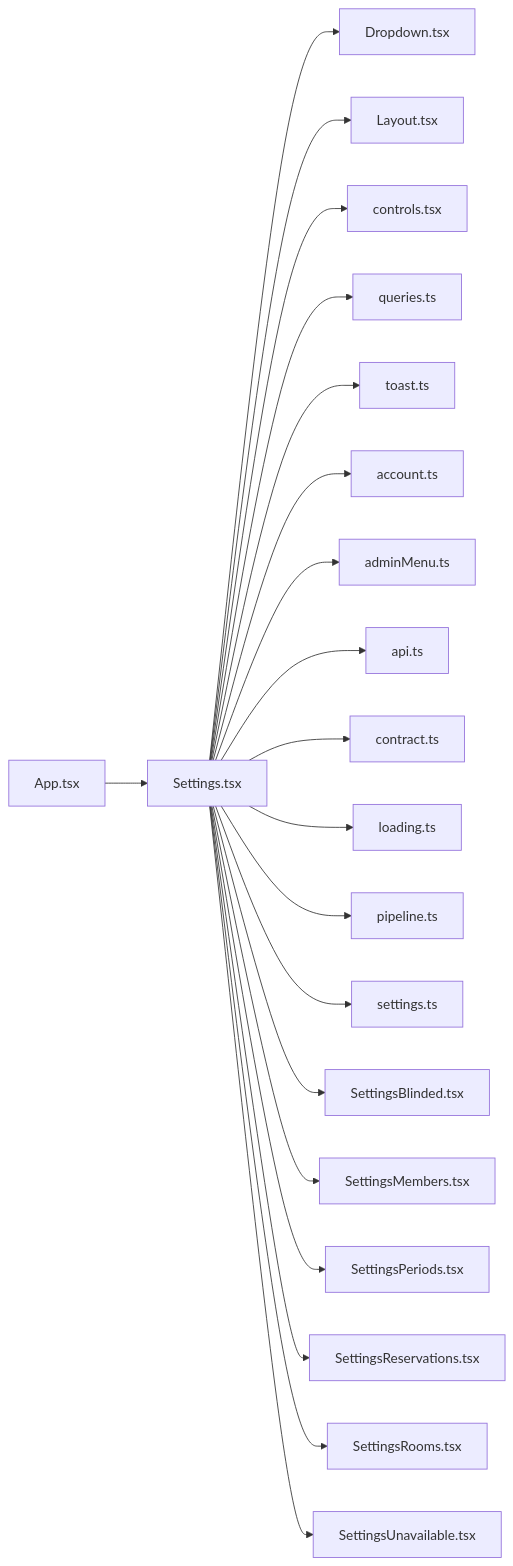
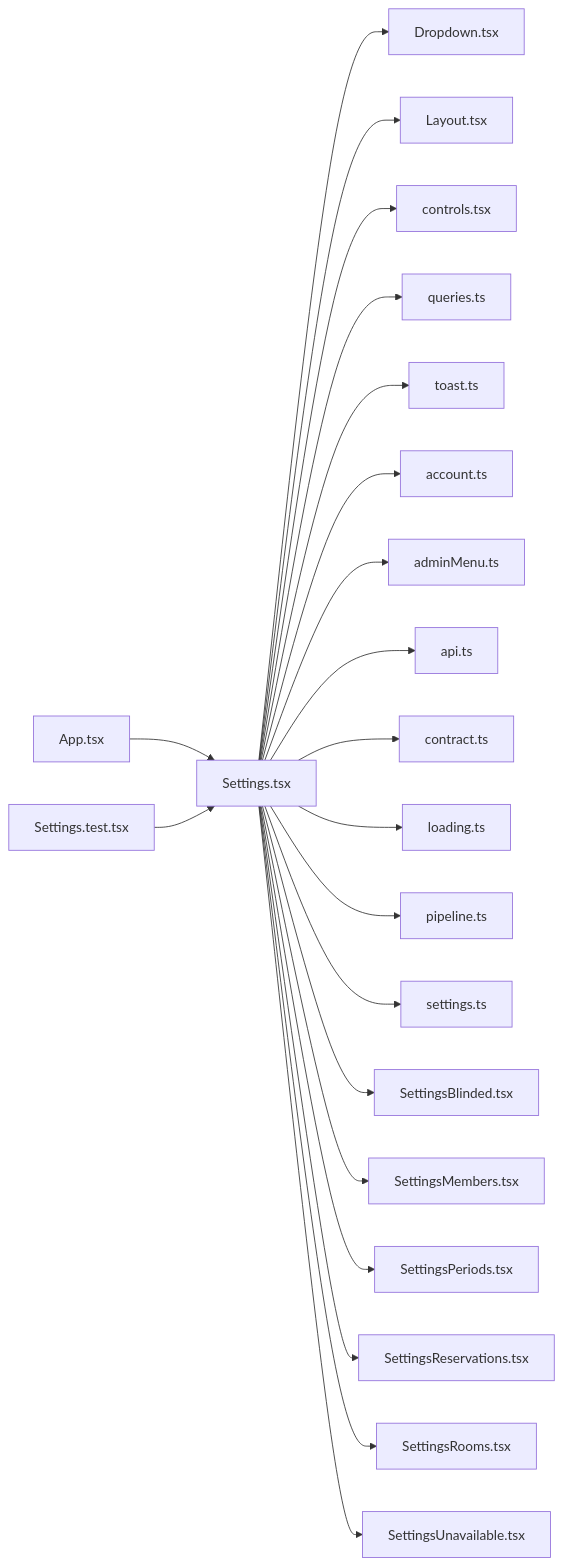
Before and after one commit to minkong-dev/Banblit: the diagram in .cluedoc/graph/frontend/src/routes/Settings.md, drawn with Mermaid. The commit also changed other lines of this file and 8 other files, not shown here.

````diff
--- a/.cluedoc/graph/frontend/src/routes/Settings.md
+++ b/.cluedoc/graph/frontend/src/routes/Settings.md
@@ -10,23 +10,24 @@
 ```mermaid
 flowchart LR
   frontend_src_routes_Settings["Settings.tsx"]
   frontend_src_routes_Settings --> frontend_src_components_Dropdown["Dropdown.tsx"]
   frontend_src_routes_Settings --> frontend_src_components_Layout["Layout.tsx"]
   frontend_src_routes_Settings --> frontend_src_components_controls["controls.tsx"]
   frontend_src_routes_Settings --> frontend_src_components_queries["queries.ts"]
   frontend_src_routes_Settings --> frontend_src_components_toast["toast.ts"]
   frontend_src_routes_Settings --> frontend_src_lib_account["account.ts"]
   frontend_src_routes_Settings --> frontend_src_lib_adminMenu["adminMenu.ts"]
   frontend_src_routes_Settings --> frontend_src_lib_api["api.ts"]
   frontend_src_routes_Settings --> frontend_src_lib_contract["contract.ts"]
   frontend_src_routes_Settings --> frontend_src_lib_loading["loading.ts"]
   frontend_src_routes_Settings --> frontend_src_lib_pipeline["pipeline.ts"]
   frontend_src_routes_Settings --> frontend_src_lib_settings["settings.ts"]
   frontend_src_routes_Settings --> frontend_src_routes_SettingsBlinded["SettingsBlinded.tsx"]
   frontend_src_routes_Settings --> frontend_src_routes_SettingsMembers["SettingsMembers.tsx"]
   frontend_src_routes_Settings --> frontend_src_routes_SettingsPeriods["SettingsPeriods.tsx"]
   frontend_src_routes_Settings --> frontend_src_routes_SettingsReservations["SettingsReservations.tsx"]
   frontend_src_routes_Settings --> frontend_src_routes_SettingsRooms["SettingsRooms.tsx"]
   frontend_src_routes_Settings --> frontend_src_routes_SettingsUnavailable["SettingsUnavailable.tsx"]
   frontend_src_App["App.tsx"] --> frontend_src_routes_Settings
+  frontend_src_routes_Settings_test["Settings.test.tsx"] --> frontend_src_routes_Settings
 ```
````
